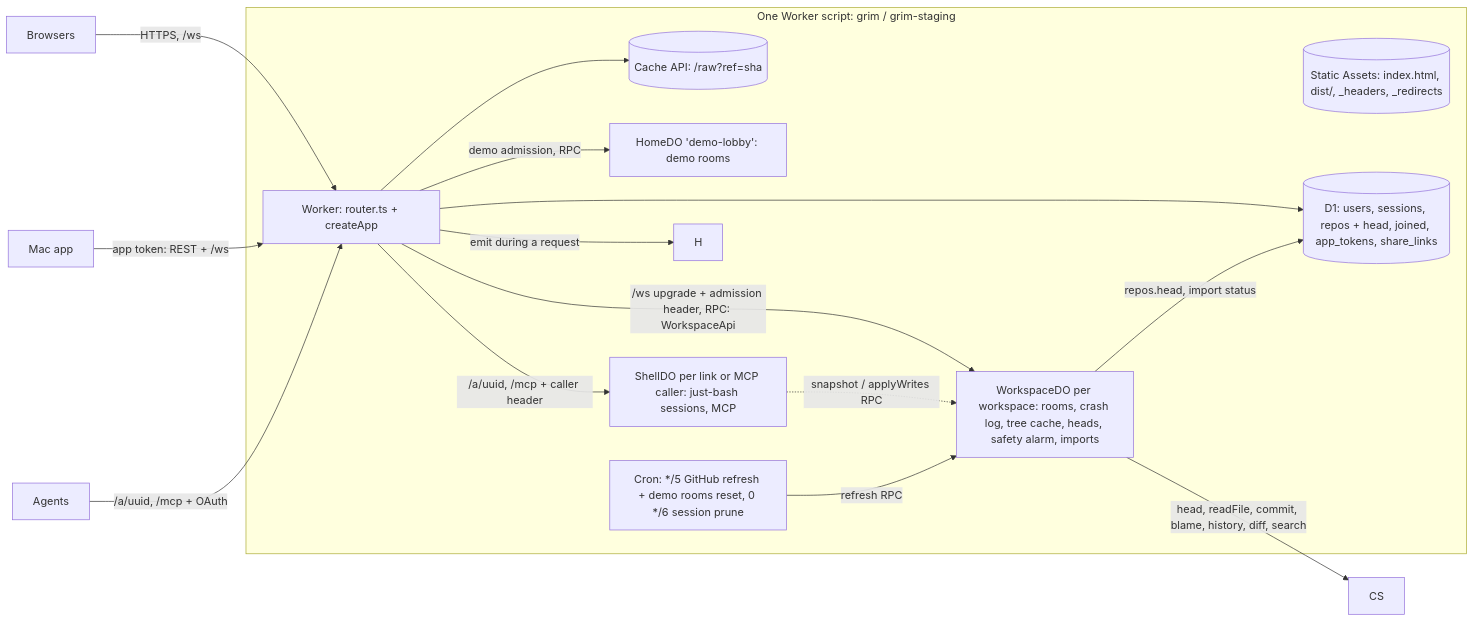
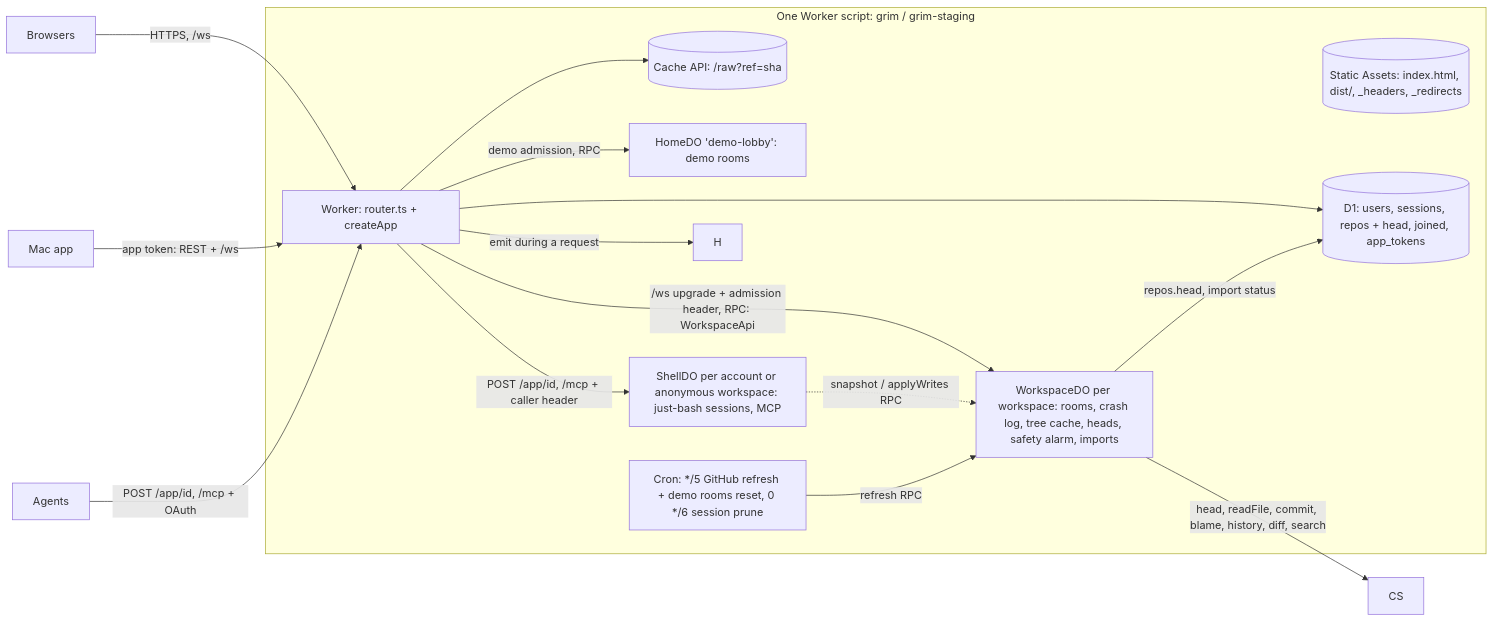
The diagram in docs/06-cloudflare.md (anomalyco/grim), drawn with Mermaid before and after one commit. The commit also changed other lines of this file and 50 other files, not shown here.

````diff
--- a/docs/06-cloudflare.md
+++ b/docs/06-cloudflare.md
@@ -24,22 +24,22 @@
 ```mermaid
 flowchart LR
   B[Browsers] -->|HTTPS, /ws| W
   M[Mac app] -->|app token: REST + /ws| W
-  A[Agents] -->|/a/uuid, /mcp + OAuth| W
+  A[Agents] -->|POST /app/id, /mcp + OAuth| W
 
   subgraph CF[One Worker script: grim / grim-staging]
     SA[(Static Assets: index.html, dist/, _headers, _redirects)]
     W[Worker: router.ts + createApp]
     W --> C[(Cache API: /raw?ref=sha)]
-    W --> D1[(D1: users, sessions, repos + head, joined, app_tokens, share_links)]
+    W --> D1[(D1: users, sessions, repos + head, joined, app_tokens)]
     W -->|/ws upgrade + admission header, RPC: WorkspaceApi| WS[WorkspaceDO per workspace: rooms, crash log, tree cache, heads, safety alarm, imports]
     W -->|demo admission, RPC| HD["HomeDO 'demo-lobby': demo rooms"]
-    W -->|/a/uuid, /mcp + caller header| SH[ShellDO per link or MCP caller: just-bash sessions, MCP]
+    W -->|POST /app/id, /mcp + caller header| SH[ShellDO per account or anonymous workspace: just-bash sessions, MCP]
     W -->|emit during a request| H
     SH -. snapshot / applyWrites RPC .-> WS
     CRON[Cron: */5 GitHub refresh + demo rooms reset, 0 */6 session prune] -->|refresh RPC| WS
     WS -->|repos.head, import status| D1
   end
 
   WS -->|head, readFile, commit, blame, history, diff, search| CS
 ```
````
